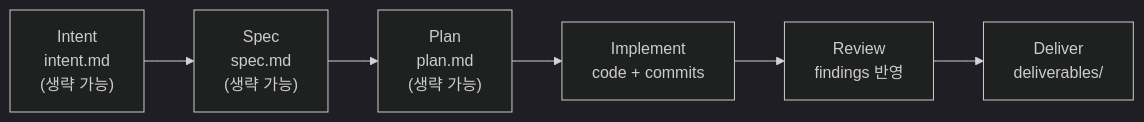
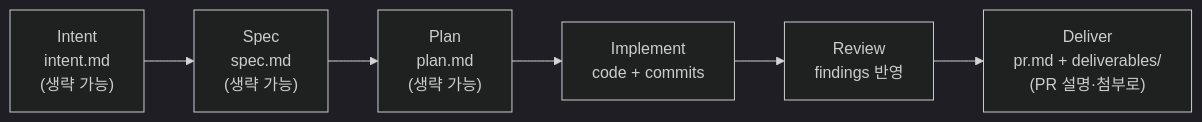
One commit to sungwooHa/ai-sdlc-harness changed the first of 2 diagrams in README.md. Above: the diagram before and after it, drawn with Mermaid (dark theme). The commit also changed other lines of this file and 3 other files, not shown here.

````diff
--- a/README.md
+++ b/README.md
@@ -22,8 +30,8 @@
 ```mermaid
 flowchart LR
   I["Intent<br/>intent.md<br/>(생략 가능)"] --> S["Spec<br/>spec.md<br/>(생략 가능)"]
   S --> P["Plan<br/>plan.md<br/>(생략 가능)"]
   P --> C["Implement<br/>code + commits"]
   C --> R["Review<br/>findings 반영"]
-  R --> D["Deliver<br/>deliverables/"]
+  R --> D["Deliver<br/>pr.md + deliverables/<br/>(PR 설명·첨부로)"]
 ```
````
